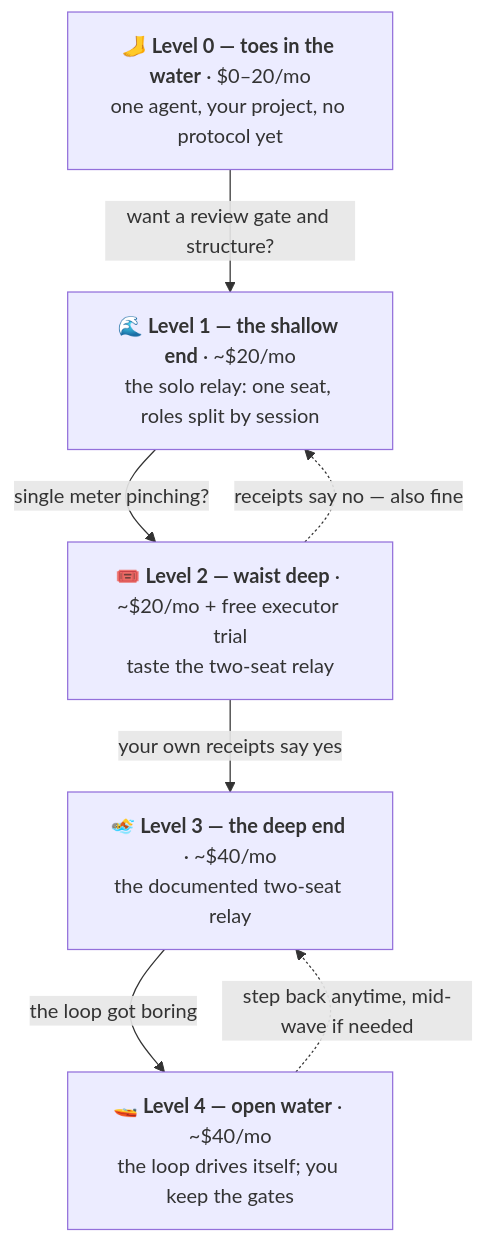
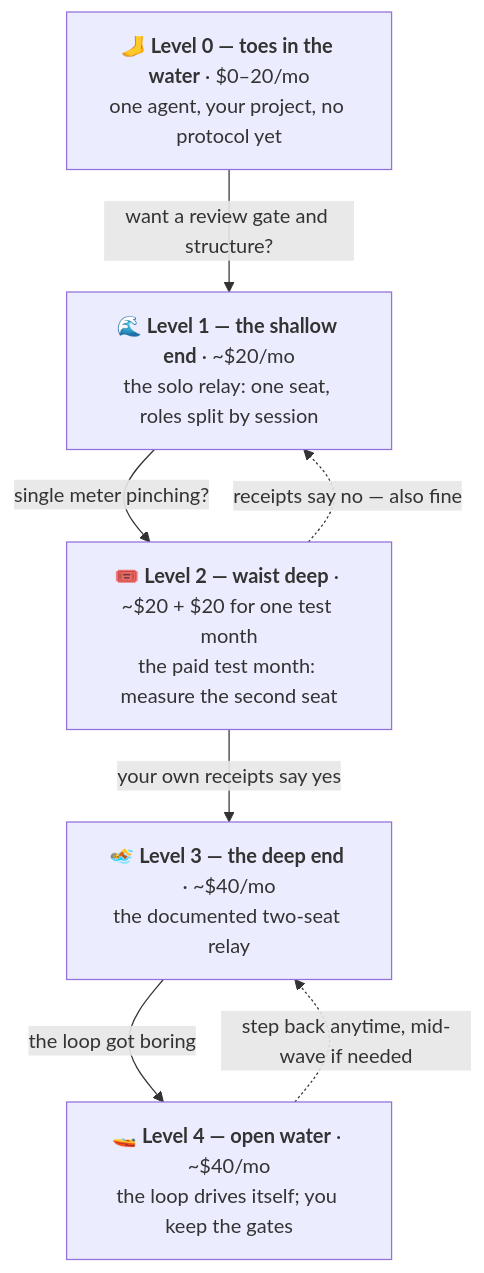
Before and after one commit to Sethysethyseth/the-poor-mans-agentic-workflow: the second of 2 diagrams in README.md, drawn with Mermaid. The commit also changed other lines of this file and 10 other files, not shown here.

````diff
--- a/README.md
+++ b/README.md
@@ -219,14 +216,14 @@
 ```mermaid
 flowchart TD
     L0["🦶 <b>Level 0 — toes in the water</b> · $0–20/mo<br/>one agent, your project, no protocol yet"]
     L1["🌊 <b>Level 1 — the shallow end</b> · ~$20/mo<br/>the solo relay: one seat, roles split by session"]
-    L2["🎟️ <b>Level 2 — waist deep</b> · ~$20/mo + free executor trial<br/>taste the two-seat relay"]
+    L2["🎟️ <b>Level 2 — waist deep</b> · ~$20 + $20 for one test month<br/>the paid test month: measure the second seat"]
     L3["🏊 <b>Level 3 — the deep end</b> · ~$40/mo<br/>the documented two-seat relay"]
     L4["🚤 <b>Level 4 — open water</b> · ~$40/mo<br/>the loop drives itself; you keep the gates"]
     L0 -- "want a review gate and structure?" --> L1
     L1 -- "single meter pinching?" --> L2
     L2 -- "your own receipts say yes" --> L3
     L3 -- "the loop got boring" --> L4
     L2 -. "receipts say no — also fine" .-> L1
     L4 -. "step back anytime, mid-wave if needed" .-> L3
 ```
````
